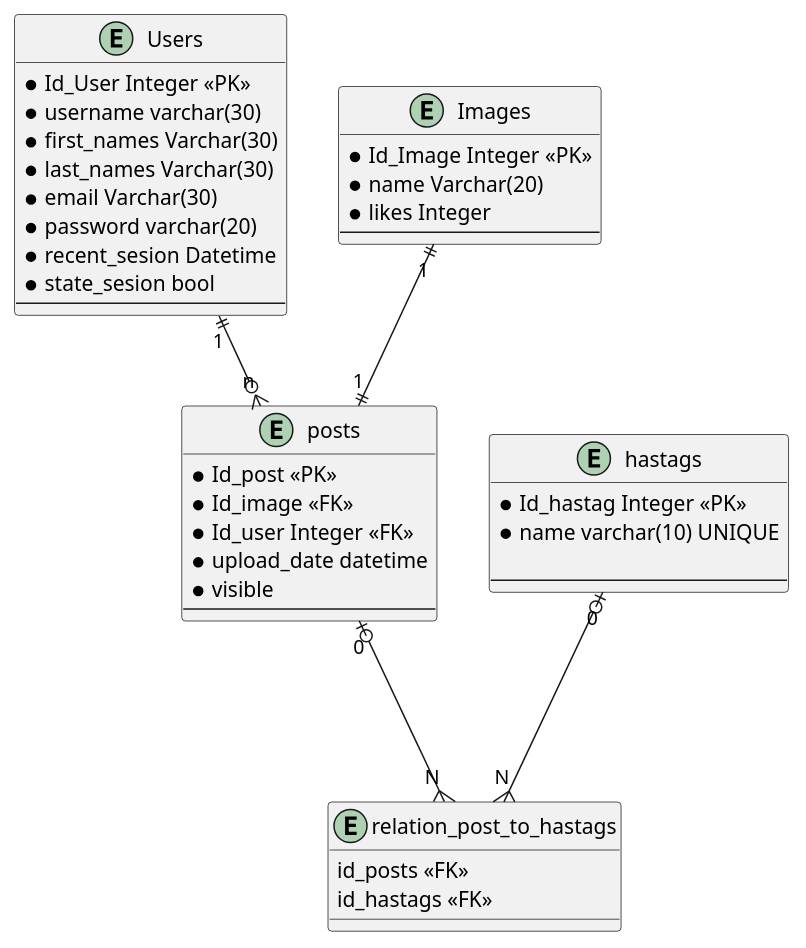
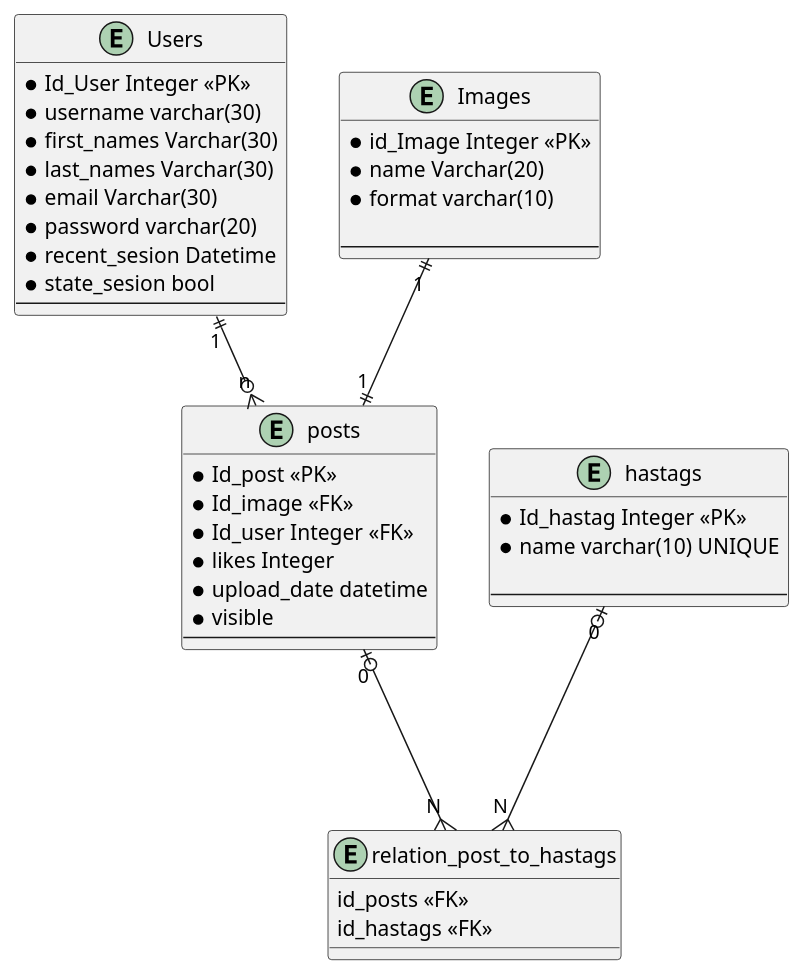
Before and after one commit to Davilez42/Picsee: the diagram in models/utils/ModeladoBaseDatos.puml, drawn with PlantUML.

Commit message:
modificacion de tablas en modelo bd

```diff
--- a/models/utils/ModeladoBaseDatos.puml
+++ b/models/utils/ModeladoBaseDatos.puml
@@ -1,55 +1,57 @@
 @startuml
 
 Entity Users{
     *Id_User Integer <<PK>>
     *username varchar(30)
     *first_names Varchar(30)
     *last_names Varchar(30)
     *email Varchar(30)
     *password varchar(20)
     *recent_sesion Datetime
     *state_sesion bool
     --
 }
 
 Entity posts  {
     * Id_post <<PK>>
     * Id_image <<FK>>
     * Id_user Integer <<FK>>
+    * likes Integer 
     * upload_date datetime
     * visible
     --
 }
 
 Entity Images{
-    *Id_Image Integer <<PK>>
+    *id_Image Integer <<PK>>
     *name Varchar(20)
-    *likes Integer
+    *format varchar(10)
+
     --
 }
 
 Entity hastags  {
     * Id_hastag Integer <<PK>>
     * name varchar(10) UNIQUE
 
     --
 }
 
 
 Entity relation_post_to_hastags{
     id_posts <<FK>>
     id_hastags <<FK>>
 }
 
 Users "1" ||--o{ "n" posts
 Images "1" ||--|| "1" posts
 posts "0" |o---{ "N" relation_post_to_hastags
 hastags "0" |o---{ "N" relation_post_to_hastags
 
 
 
 
 
 
 
 @enduml
```
